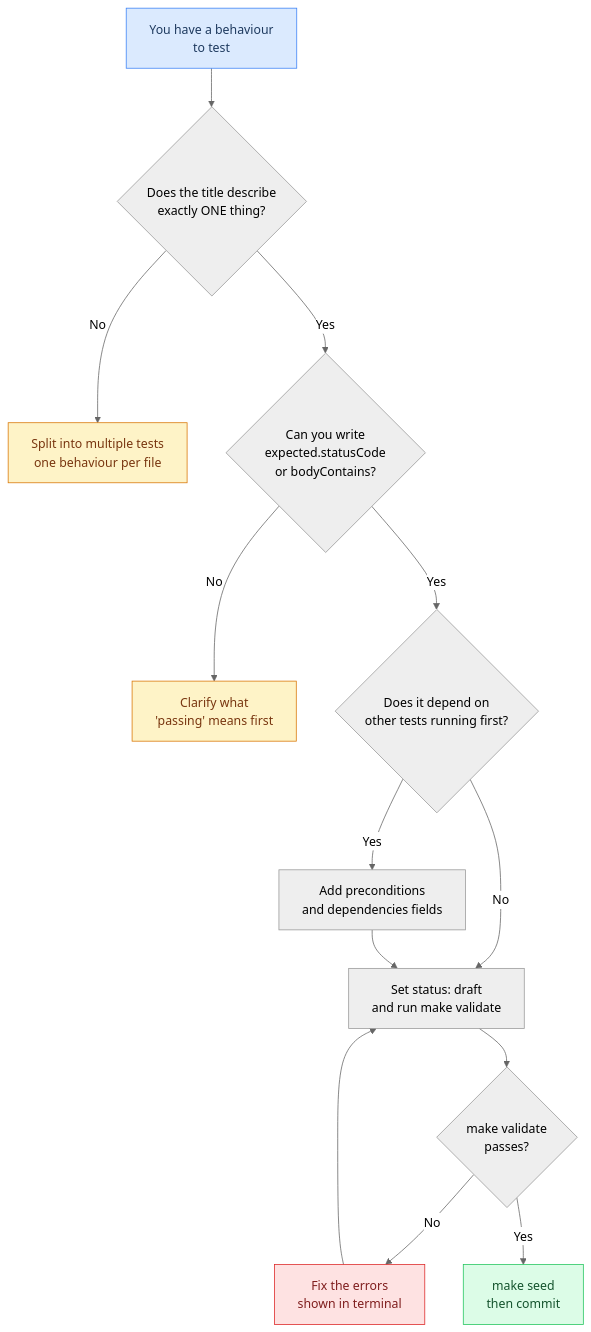
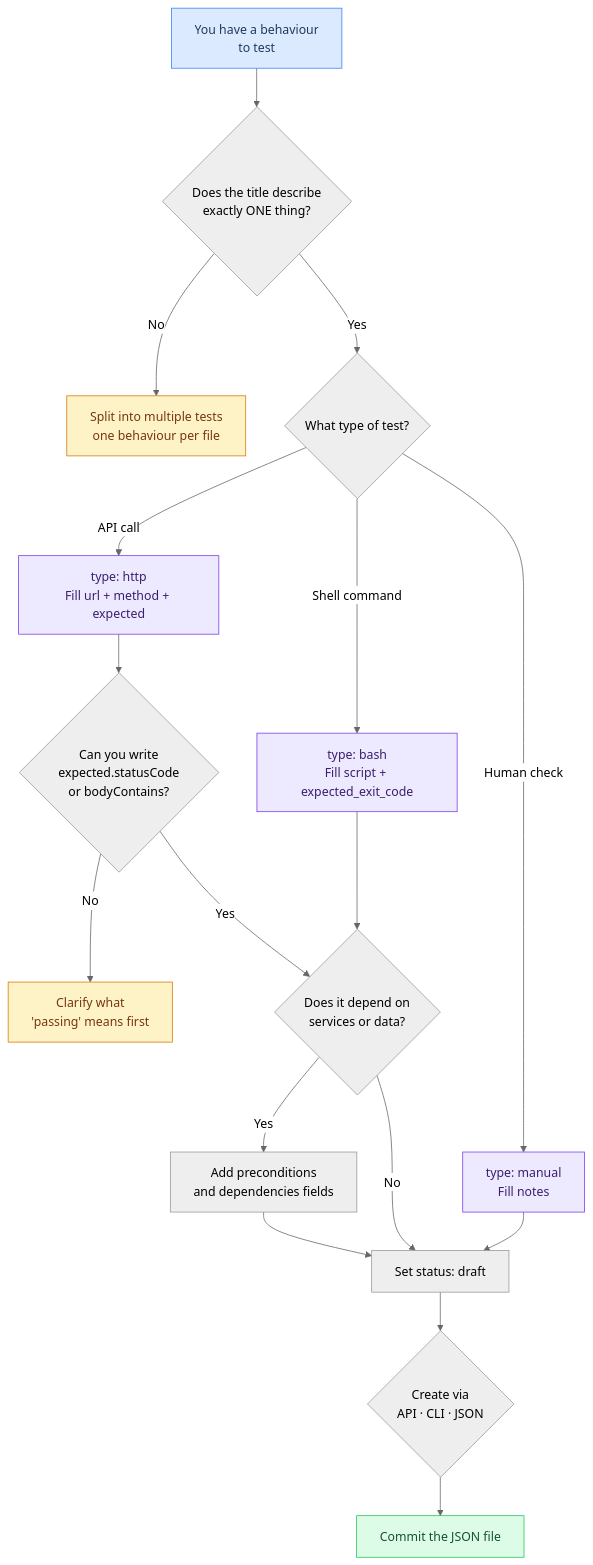
Before and after one commit to Univers42/QA: the second of 2 diagrams in docs/how-to-add-a-test.md, drawn with Mermaid (neutral theme). The commit also changed other lines of this file and 2 other files, not shown here.

Commit message:
doc(tests): updated documentation on how adding tests will work in the future, as well as the blueprint for the json files

````diff
--- a/docs/how-to-add-a-test.md
+++ b/docs/how-to-add-a-test.md
@@ -237,21 +318,27 @@
 ```mermaid
 flowchart TD
     A["You have a behaviour<br/>to test"] --> B{"Does the title describe<br/>exactly ONE thing?"}
     B -- No --> C["Split into multiple tests<br/>one behaviour per file"]
-    B -- Yes --> D{"Can you write<br/>expected.statusCode<br/>or bodyContains?"}
+    B -- Yes --> T{"What type of test?"}
+    T -- "API call" --> HTTP["type: http<br/>Fill url + method + expected"]
+    T -- "Shell command" --> BASH["type: bash<br/>Fill script + expected_exit_code"]
+    T -- "Human check" --> MANUAL["type: manual<br/>Fill notes"]
+    HTTP --> D{"Can you write<br/>expected.statusCode<br/>or bodyContains?"}
     D -- No --> E["Clarify what<br/>'passing' means first"]
-    D -- Yes --> F{"Does it depend on<br/>other tests running first?"}
+    D -- Yes --> F{"Does it depend on<br/>services or data?"}
+    BASH --> F
+    MANUAL --> H
     F -- Yes --> G["Add preconditions<br/>and dependencies fields"]
-    F -- No --> H["Set status: draft<br/>and run make validate"]
+    F -- No --> H["Set status: draft"]
     G --> H
-    H --> I{"make validate<br/>passes?"}
-    I -- No --> J["Fix the errors<br/>shown in terminal"]
-    J --> H
-    I -- Yes --> K["make seed<br/>then commit"]
+    H --> I{"Create via<br/>API · CLI · JSON"}
+    I --> K["Commit the JSON file"]
 
     style A fill:#dbeafe,stroke:#3b82f6,color:#1e3a5f
     style K fill:#dcfce7,stroke:#22c55e,color:#14532d
     style C fill:#fef3c7,stroke:#d97706,color:#78350f
     style E fill:#fef3c7,stroke:#d97706,color:#78350f
-    style J fill:#fee2e2,stroke:#dc2626,color:#7f1d1d
+    style HTTP fill:#ede9fe,stroke:#7c3aed,color:#3b1f6e
+    style BASH fill:#ede9fe,stroke:#7c3aed,color:#3b1f6e
+    style MANUAL fill:#ede9fe,stroke:#7c3aed,color:#3b1f6e
 ```
````
